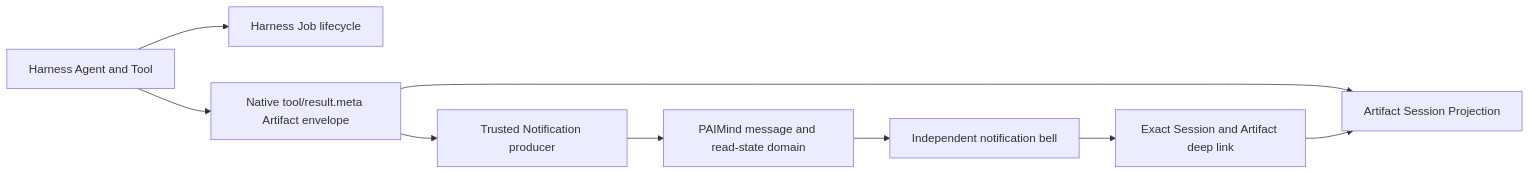
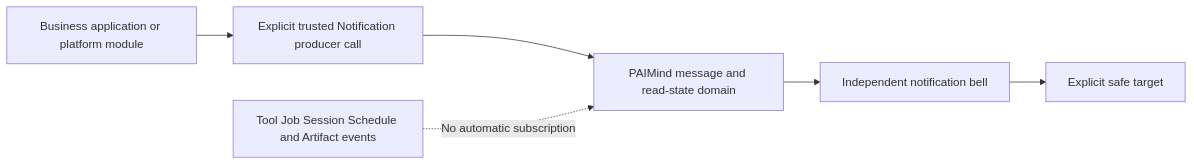
The diagram in docs/plans/FP-12-notifications.md (Hanyan179/paimind-harness-plugins), drawn with Mermaid before and after one commit. The commit also changed other lines of this file and 290 other files, not shown here.

````diff
--- a/docs/plans/FP-12-notifications.md
+++ b/docs/plans/FP-12-notifications.md
@@ -45,11 +45,8 @@
 ```mermaid
 flowchart LR
-    A["Harness Agent and Tool"] --> J["Harness Job lifecycle"]
-    A --> M["Native tool/result.meta Artifact envelope"]
-    M --> P["Artifact Session Projection"]
-    M --> N["Trusted Notification producer"]
+    A["Business application or platform module"] --> N["Explicit trusted Notification producer call"]
     N --> S["PAIMind message and read-state domain"]
     S --> B["Independent notification bell"]
-    B --> D["Exact Session and Artifact deep link"]
-    D --> P
+    B --> D["Explicit safe target"]
+    T["Tool Job Session Schedule and Artifact events"] -. "No automatic subscription" .-> S
 ```
````
